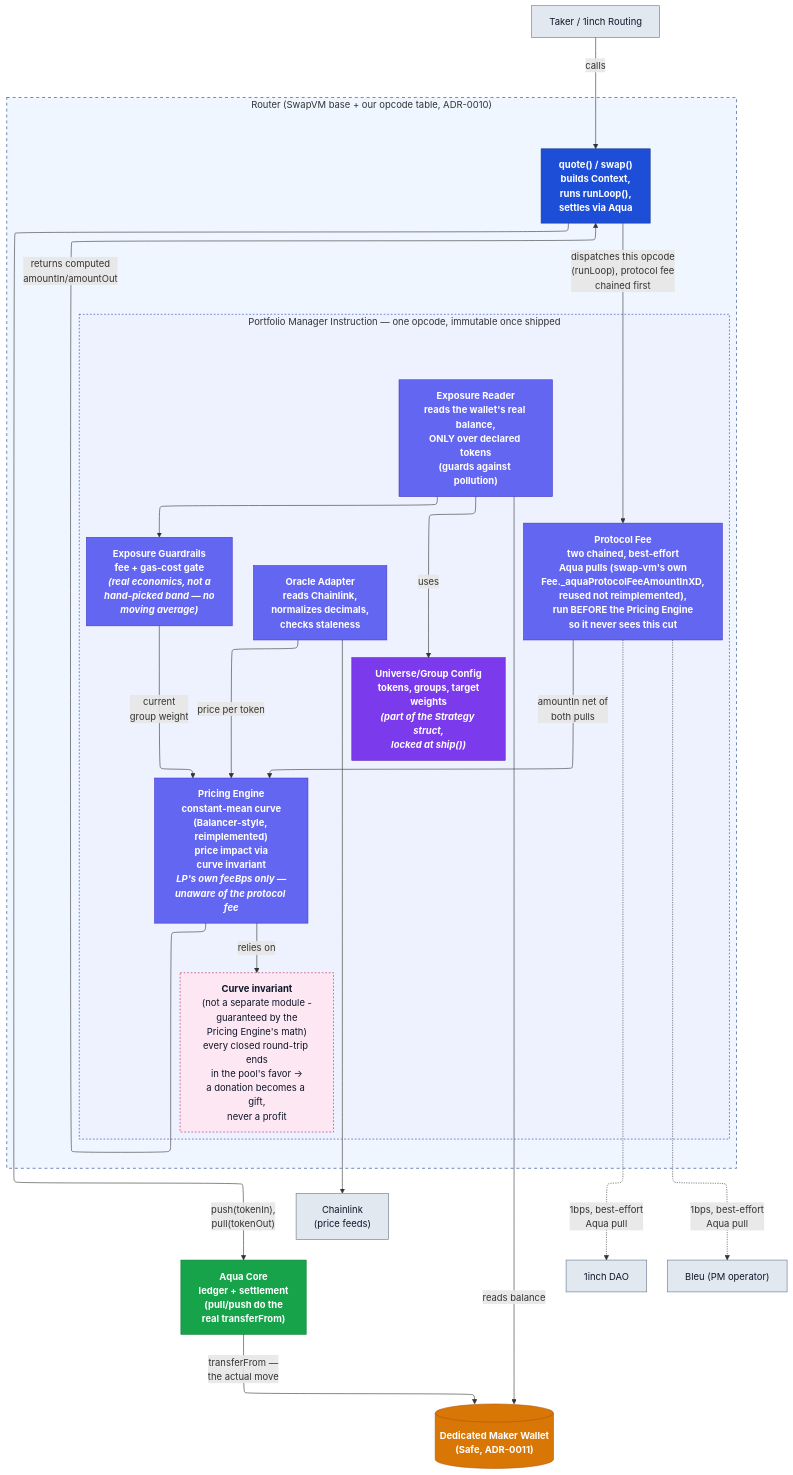
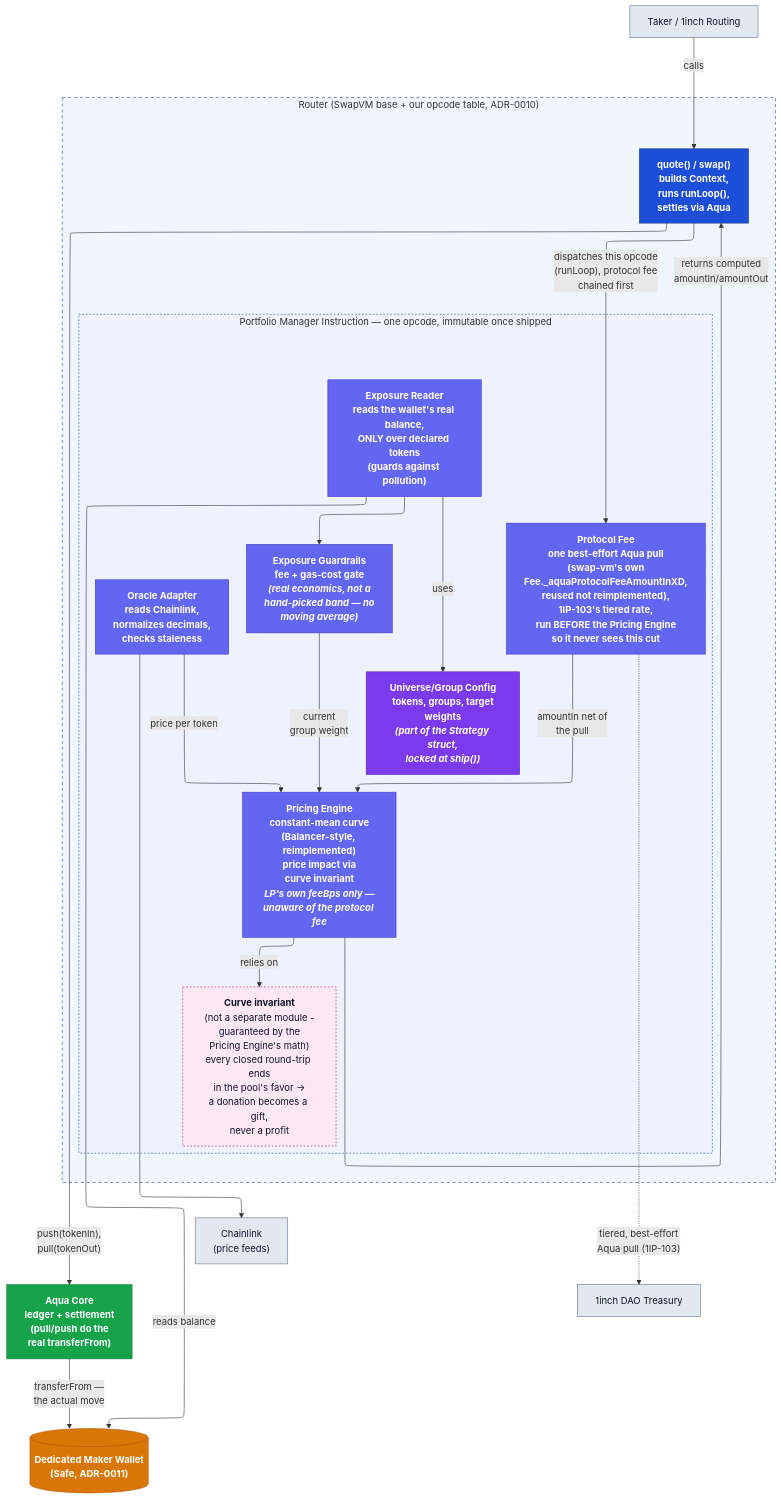
One commit to bleu/aqua-portfolio-manager changed the second of 2 diagrams in docs/ARCHITECTURE.md. Above: the diagram before and after it, drawn with Mermaid. The commit also changed other lines of this file and 6 other files, not shown here.

First line of the commit message:
Refactor protocol fee to match 1inch's actual approved mechanism (1IP-103)

````diff
--- a/docs/ARCHITECTURE.md
+++ b/docs/ARCHITECTURE.md
@@ -106,66 +104,64 @@
 ```mermaid
 %%{init: {"flowchart": {"defaultRenderer": "elk"}} }%%
 flowchart TD
     Taker["Taker / 1inch Routing"]
     Aqua["<b>Aqua Core</b><br/>ledger + settlement<br/>(pull/push do the<br/>real transferFrom)"]
     Wallet[("Dedicated Maker Wallet<br/>(Safe, ADR-0011)")]
     Chainlink["Chainlink<br/>(price feeds)"]
 
     subgraph RouterBox["Router (SwapVM base + our opcode table, ADR-0010)"]
         Entrypoints["<b>quote() / swap()</b><br/>builds Context,<br/>runs runLoop(),<br/>settles via Aqua"]
 
         subgraph Strategy["Portfolio Manager Instruction — one opcode, immutable once shipped"]
             Config["<b>Universe/Group Config</b><br/>tokens, groups, target<br/>weights<br/><i>(part of the Strategy struct,<br/>locked at ship())</i>"]
 
             ExposureReader["<b>Exposure Reader</b><br/>reads the wallet's real balance,<br/>ONLY over declared tokens<br/>(guards against pollution)"]
 
             Smoothing["<b>Exposure Guardrails</b><br/>fee + gas-cost gate<br/><i>(real economics, not a<br/>hand-picked band — no<br/>moving average)</i>"]
 
             OracleAdapter["<b>Oracle Adapter</b><br/>reads Chainlink,<br/>normalizes decimals,<br/>checks staleness"]
 
             PricingEngine["<b>Pricing Engine</b><br/>constant-mean curve<br/>(Balancer-style, reimplemented)<br/>price impact via<br/>curve invariant<br/><i>LP's own feeBps only —<br/>unaware of the protocol fee</i>"]
 
-            ProtocolFee["<b>Protocol Fee</b><br/>two chained, best-effort<br/>Aqua pulls (swap-vm's own<br/>Fee._aquaProtocolFeeAmountInXD,<br/>reused not reimplemented),<br/>run BEFORE the Pricing Engine<br/>so it never sees this cut"]
+            ProtocolFee["<b>Protocol Fee</b><br/>one best-effort Aqua pull<br/>(swap-vm's own<br/>Fee._aquaProtocolFeeAmountInXD,<br/>reused not reimplemented),<br/>1IP-103's tiered rate,<br/>run BEFORE the Pricing Engine<br/>so it never sees this cut"]
 
             Invariant["<b>Curve invariant</b><br/>(not a separate module -<br/>guaranteed by the<br/>Pricing Engine's math)<br/>every closed round-trip ends<br/>in the pool's favor -><br/>a donation becomes a gift,<br/>never a profit"]
         end
     end
 
-    DAO["1inch DAO"]
-    Bleu["Bleu (PM operator)"]
+    DAO["1inch DAO Treasury"]
 
     Taker -->|"calls"| Entrypoints
     Entrypoints -->|"dispatches this opcode<br/>(runLoop), protocol fee<br/>chained first"| ProtocolFee
-    ProtocolFee -->|"amountIn net of<br/>both pulls"| PricingEngine
+    ProtocolFee -->|"amountIn net of<br/>the pull"| PricingEngine
     ExposureReader -->|"reads balance"| Wallet
     ExposureReader -->|"uses"| Config
     ExposureReader --> Smoothing
     Smoothing -->|"current<br/>group weight"| PricingEngine
     OracleAdapter --> Chainlink
     OracleAdapter -->|"price per token"| PricingEngine
     PricingEngine -->|"relies on"| Invariant
     PricingEngine -->|"returns computed<br/>amountIn/amountOut"| Entrypoints
     Entrypoints -->|"push(tokenIn),<br/>pull(tokenOut)"| Aqua
     Aqua -->|"transferFrom —<br/>the actual move"| Wallet
-    ProtocolFee -.->|"1bps, best-effort<br/>Aqua pull"| DAO
-    ProtocolFee -.->|"1bps, best-effort<br/>Aqua pull"| Bleu
+    ProtocolFee -.->|"tiered, best-effort<br/>Aqua pull (1IP-103)"| DAO
 
     classDef aqua fill:#16a34a,stroke:#15803d,color:#ffffff,font-weight:bold
     classDef wallet fill:#d97706,stroke:#b45309,color:#ffffff,font-weight:bold
     classDef external fill:#e2e8f0,stroke:#64748b,color:#0f172a
     classDef config fill:#7c3aed,stroke:#5b21b6,color:#ffffff,font-weight:bold
     classDef logic fill:#6366f1,stroke:#4338ca,color:#ffffff,font-weight:bold
     classDef invariant fill:#fce7f3,stroke:#be185d,color:#0f172a,stroke-dasharray: 3 3
     classDef router fill:#1d4ed8,stroke:#1e3a8a,color:#ffffff,font-weight:bold
 
     class Aqua aqua
     class Wallet wallet
-    class Chainlink,DAO,Bleu,Taker external
+    class Chainlink,DAO,Taker external
     class Config config
     class ExposureReader,Smoothing,OracleAdapter,PricingEngine,ProtocolFee logic
     class Invariant invariant
     class Entrypoints router
 
     style RouterBox fill:#eff6ff,stroke:#1e3a8a,stroke-dasharray: 5 5
     style Strategy fill:#eef2ff,stroke:#1e40af,stroke-dasharray: 3 3
 ```
````
